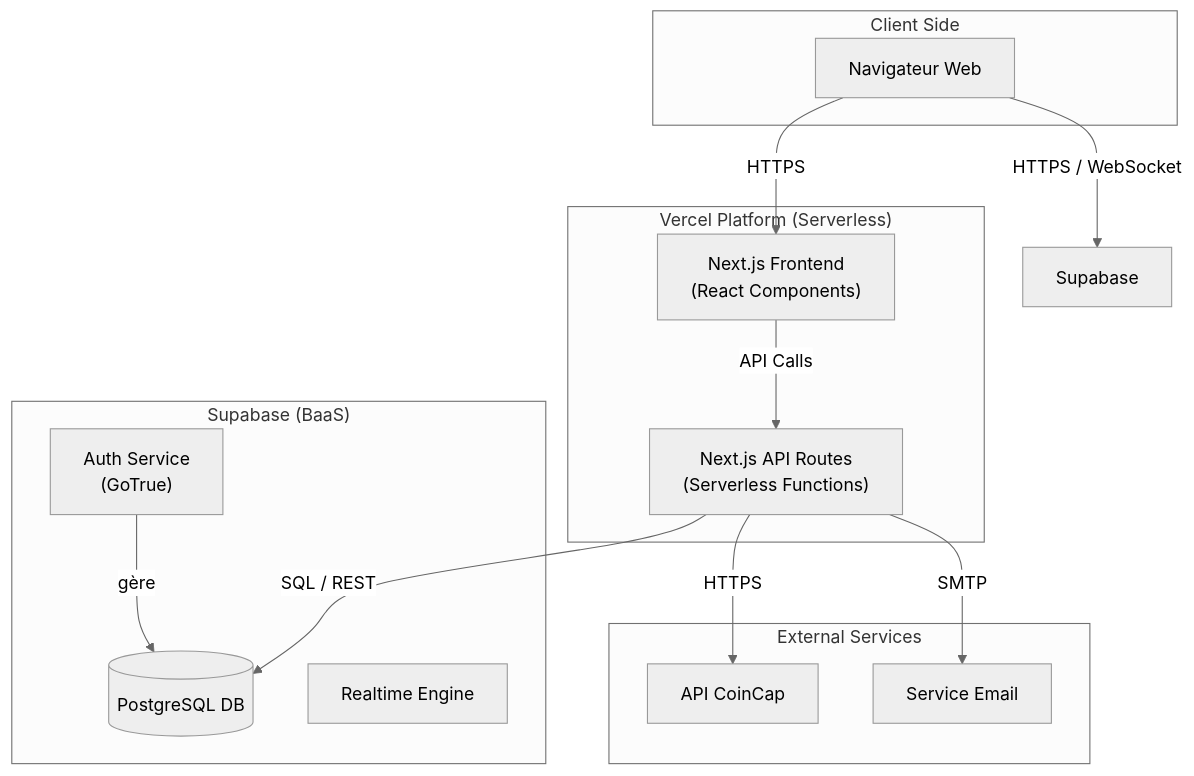
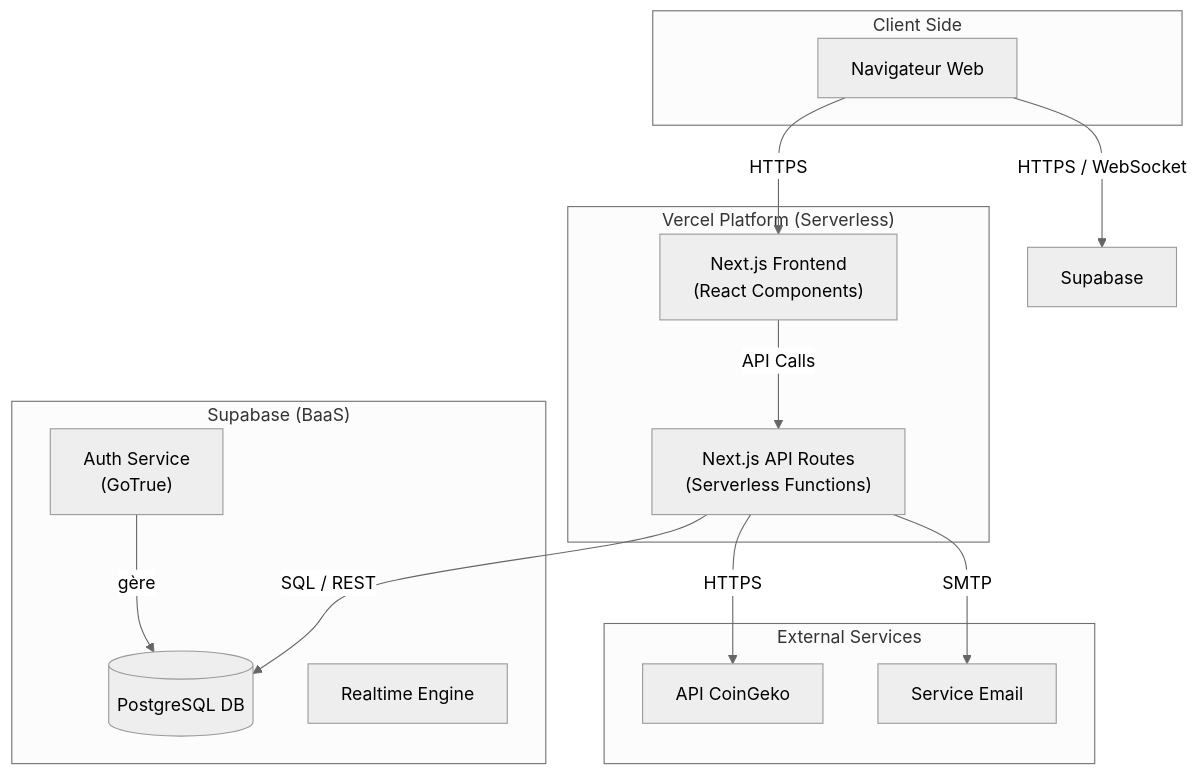
One commit to t-chahbi/crypto-follow changed the sixth of 6 diagrams in diagrammes_mermaid.md. Above: the diagram before and after it, drawn with Mermaid (neutral theme). The commit also changed other lines of this file, not shown here.

Commit message:
replace coincap by coingeko on uml diagramm

````diff
--- a/diagrammes_mermaid.md
+++ b/diagrammes_mermaid.md
@@ -196,31 +196,31 @@
 ```mermaid
 graph TD
     subgraph "Client Side"
         Browser["Navigateur Web"]
     end
 
     subgraph "Vercel Platform (Serverless)"
         NextFront["Next.js Frontend\n(React Components)"]
         NextAPI["Next.js API Routes\n(Serverless Functions)"]
     end
 
     subgraph "Supabase (BaaS)"
         Auth["Auth Service\n(GoTrue)"]
         Postgres[("PostgreSQL DB")]
         Realtime["Realtime Engine"]
     end
 
     subgraph "External Services"
-        CoinCap["API CoinCap"]
+        CoinGeko["API CoinGeko"]
         SMTP["Service Email"]
     end
 
     Browser -- HTTPS --> NextFront
     Browser -- HTTPS / WebSocket --> Supabase
     NextFront -- API Calls --> NextAPI
     NextAPI -- SQL / REST --> Postgres
-    NextAPI -- HTTPS --> CoinCap
+    NextAPI -- HTTPS --> CoinGeko
     NextAPI -- SMTP --> SMTP
     
     Auth -- gère --> Postgres
 ```
````
